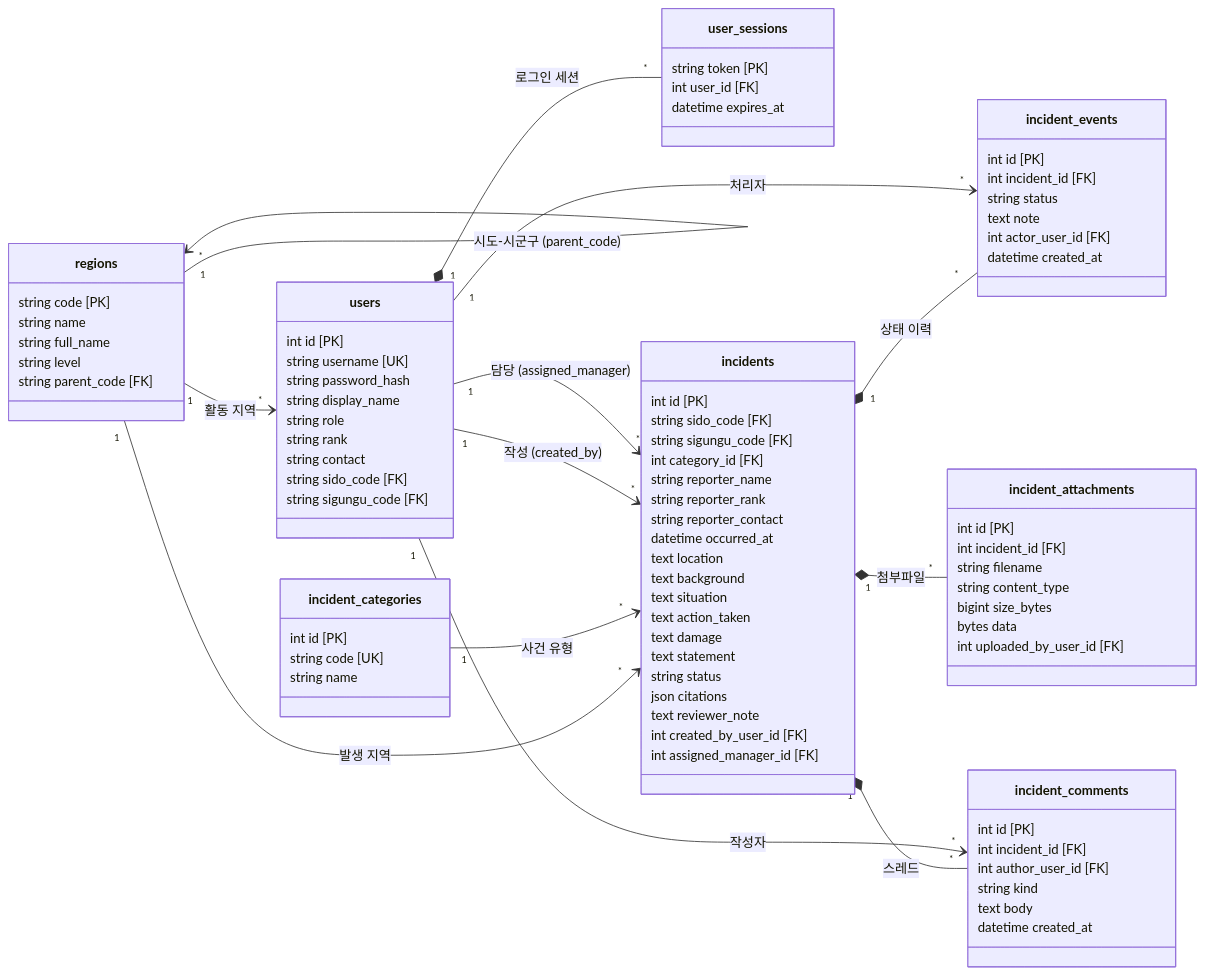
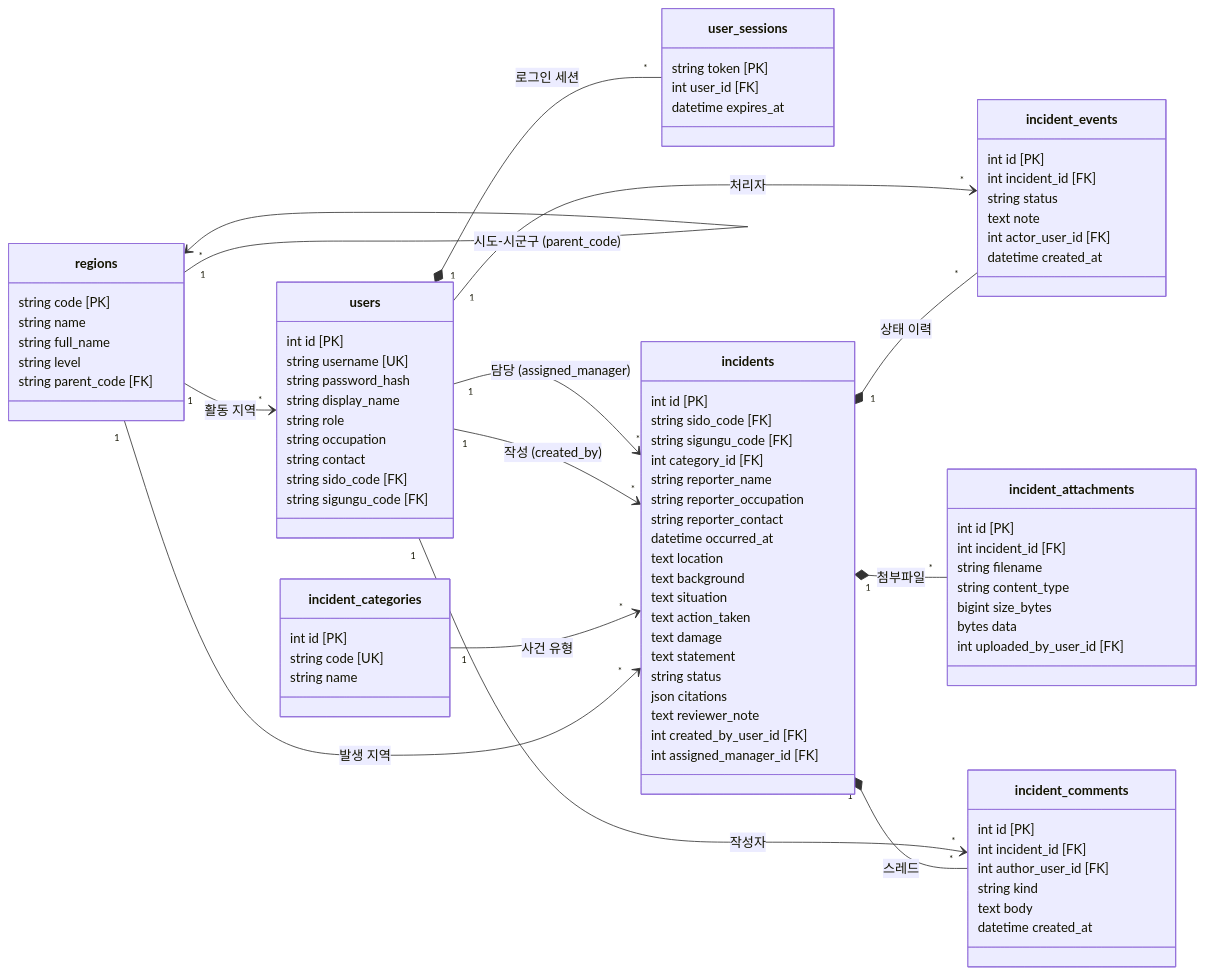
Before and after one commit to hugingstar/LawGraphRAG: the fourth of 4 diagrams in README.md, drawn with Mermaid. The commit also changed other lines of this file and 11 other files, not shown here.

```diff
--- a/README.md
+++ b/README.md
@@ -255,7 +279,7 @@
         string password_hash
         string display_name
         string role
-        string rank
+        string occupation
         string contact
         string sido_code [FK]
         string sigungu_code [FK]
@@ -273,7 +297,7 @@
         string sigungu_code [FK]
         int category_id [FK]
         string reporter_name
-        string reporter_rank
+        string reporter_occupation
         string reporter_contact
         datetime occurred_at
         text location
```
